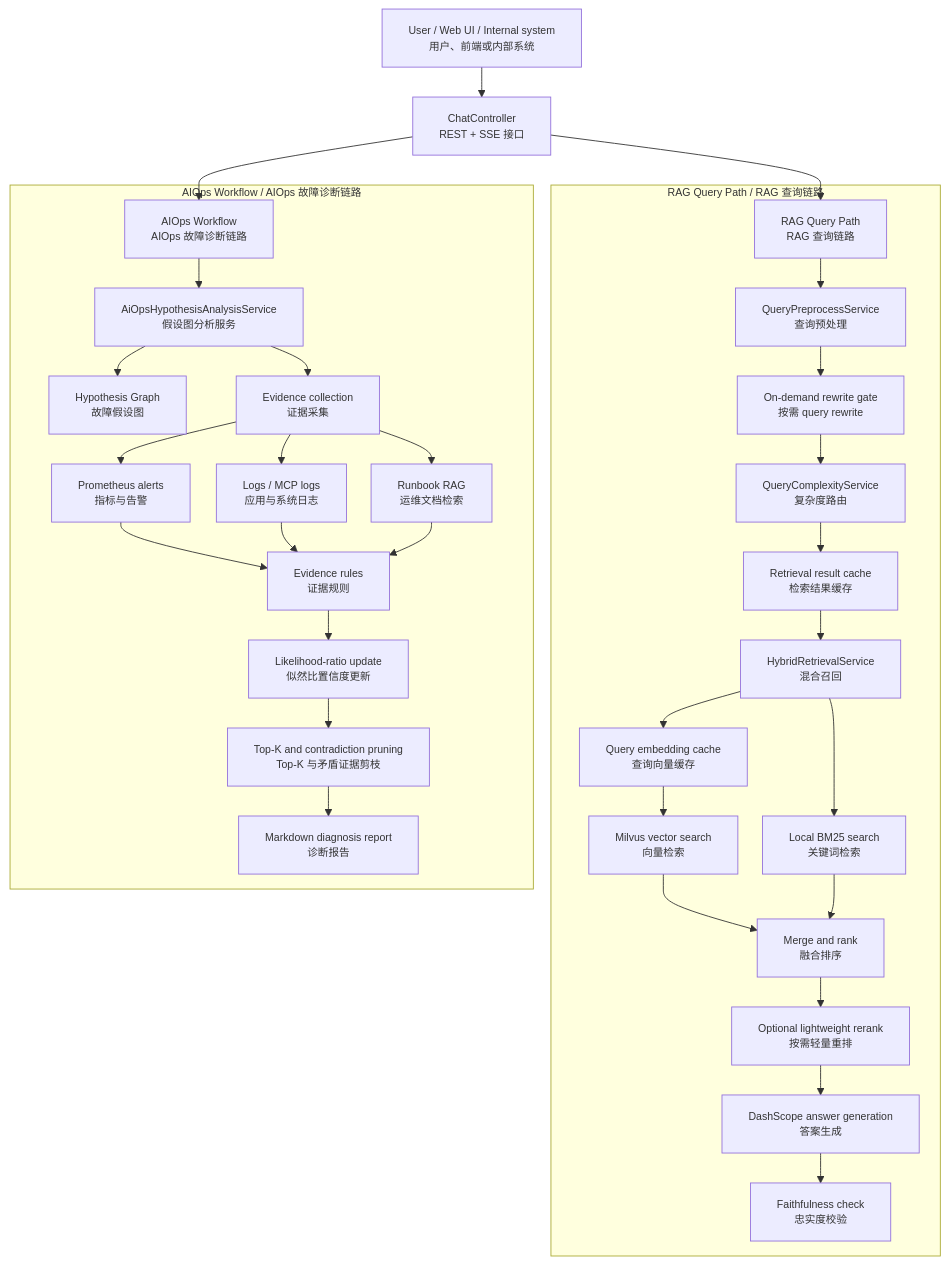
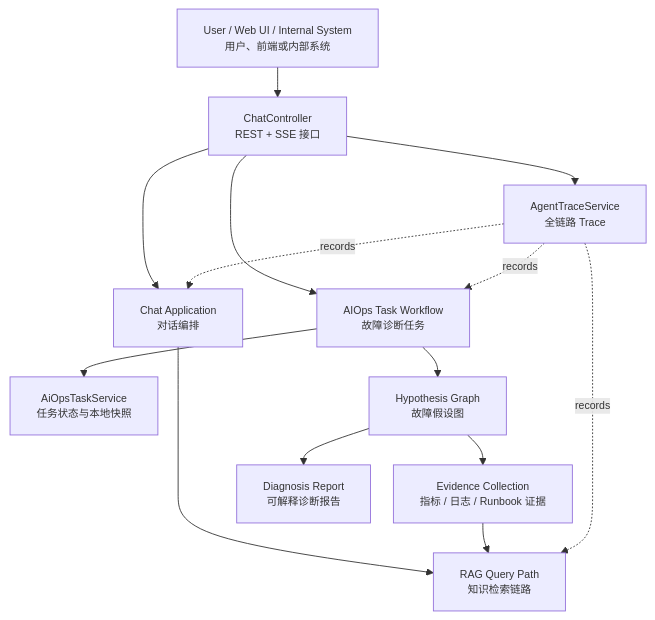
One commit to ember056/devassist-agent changed the first of 3 diagrams in README.md. Above: the diagram before and after it, drawn with Mermaid. The commit also changed other lines of this file and 17 other files, not shown here.

Commit message:
feat: add trace and aiops task snapshots

````diff
--- a/README.md
+++ b/README.md
@@ -18,39 +14,19 @@
 ```mermaid
-%%{init: {"themeVariables": {"fontSize": "12px"}, "flowchart": {"nodeSpacing": 28, "rankSpacing": 34}}}%%
+%%{init: {"themeVariables": {"fontSize": "12px"}, "flowchart": {"nodeSpacing": 26, "rankSpacing": 34}}}%%
 flowchart TD
-    U["User / Web UI / Internal system<br/>用户、前端或内部系统"] --> API["ChatController<br/>REST + SSE 接口"]
+    U["User / Web UI / Internal System<br/>用户、前端或内部系统"] --> API["ChatController<br/>REST + SSE 接口"]
+    API --> TRACE["AgentTraceService<br/>全链路 Trace"]
+    API --> CHAT["Chat Application<br/>对话编排"]
+    API --> AIOPS["AIOps Task Workflow<br/>故障诊断任务"]
 
-    API --> RAG["RAG Query Path<br/>RAG 查询链路"]
-    API --> AIOPS["AIOps Workflow<br/>AIOps 故障诊断链路"]
+    CHAT --> RAG["RAG Query Path<br/>知识检索链路"]
+    AIOPS --> TASK["AiOpsTaskService<br/>任务状态与本地快照"]
+    AIOPS --> GRAPH["Hypothesis Graph<br/>故障假设图"]
+    GRAPH --> EVIDENCE["Evidence Collection<br/>指标 / 日志 / Runbook 证据"]
+    EVIDENCE --> RAG
+    GRAPH --> REPORT["Diagnosis Report<br/>可解释诊断报告"]
 
-    subgraph RAGPath["RAG Query Path / RAG 查询链路"]
-        RAG --> PRE["QueryPreprocessService<br/>查询预处理"]
-        PRE --> SKIP["On-demand rewrite gate<br/>按需 query rewrite"]
-        SKIP --> ROUTE["QueryComplexityService<br/>复杂度路由"]
-        ROUTE --> CACHE["Retrieval result cache<br/>检索结果缓存"]
-        CACHE --> HYBRID["HybridRetrievalService<br/>混合召回"]
-        HYBRID --> EMB["Query embedding cache<br/>查询向量缓存"]
-        EMB --> VEC["Milvus vector search<br/>向量检索"]
-        HYBRID --> BM25["Local BM25 search<br/>关键词检索"]
-        VEC --> MERGE["Merge and rank<br/>融合排序"]
-        BM25 --> MERGE
-        MERGE --> RERANK["Optional lightweight rerank<br/>按需轻量重排"]
-        RERANK --> GEN["DashScope answer generation<br/>答案生成"]
-        GEN --> VERIFY["Faithfulness check<br/>忠实度校验"]
-    end
-
-    subgraph AIOpsPath["AIOps Workflow / AIOps 故障诊断链路"]
-        AIOPS --> HG["AiOpsHypothesisAnalysisService<br/>假设图分析服务"]
-        HG --> GRAPH["Hypothesis Graph<br/>故障假设图"]
-        HG --> COLLECT["Evidence collection<br/>证据采集"]
-        COLLECT --> METRICS["Prometheus alerts<br/>指标与告警"]
-        COLLECT --> LOGS["Logs / MCP logs<br/>应用与系统日志"]
-        COLLECT --> DOCS["Runbook RAG<br/>运维文档检索"]
-        METRICS --> RULES["Evidence rules<br/>证据规则"]
-        LOGS --> RULES
-        DOCS --> RULES
-        RULES --> UPDATE["Likelihood-ratio update<br/>似然比置信度更新"]
-        UPDATE --> PRUNE["Top-K and contradiction pruning<br/>Top-K 与矛盾证据剪枝"]
-        PRUNE --> REPORT["Markdown diagnosis report<br/>诊断报告"]
-    end
+    TRACE -. records .-> CHAT
+    TRACE -. records .-> RAG
+    TRACE -. records .-> AIOPS
 ```
````
